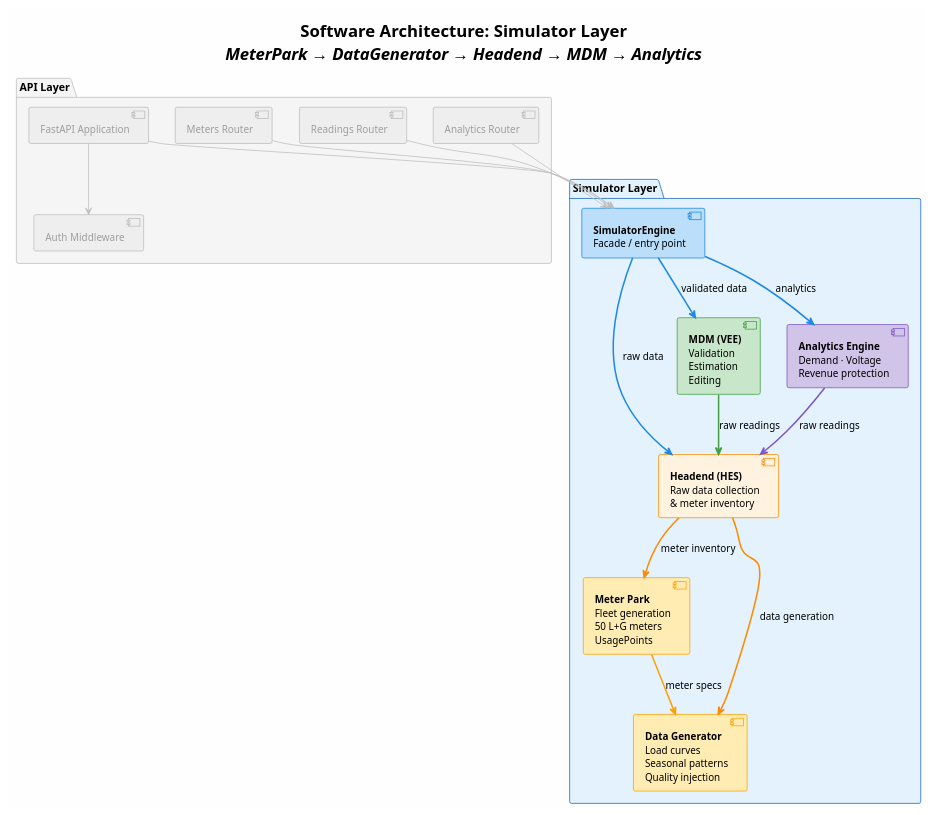
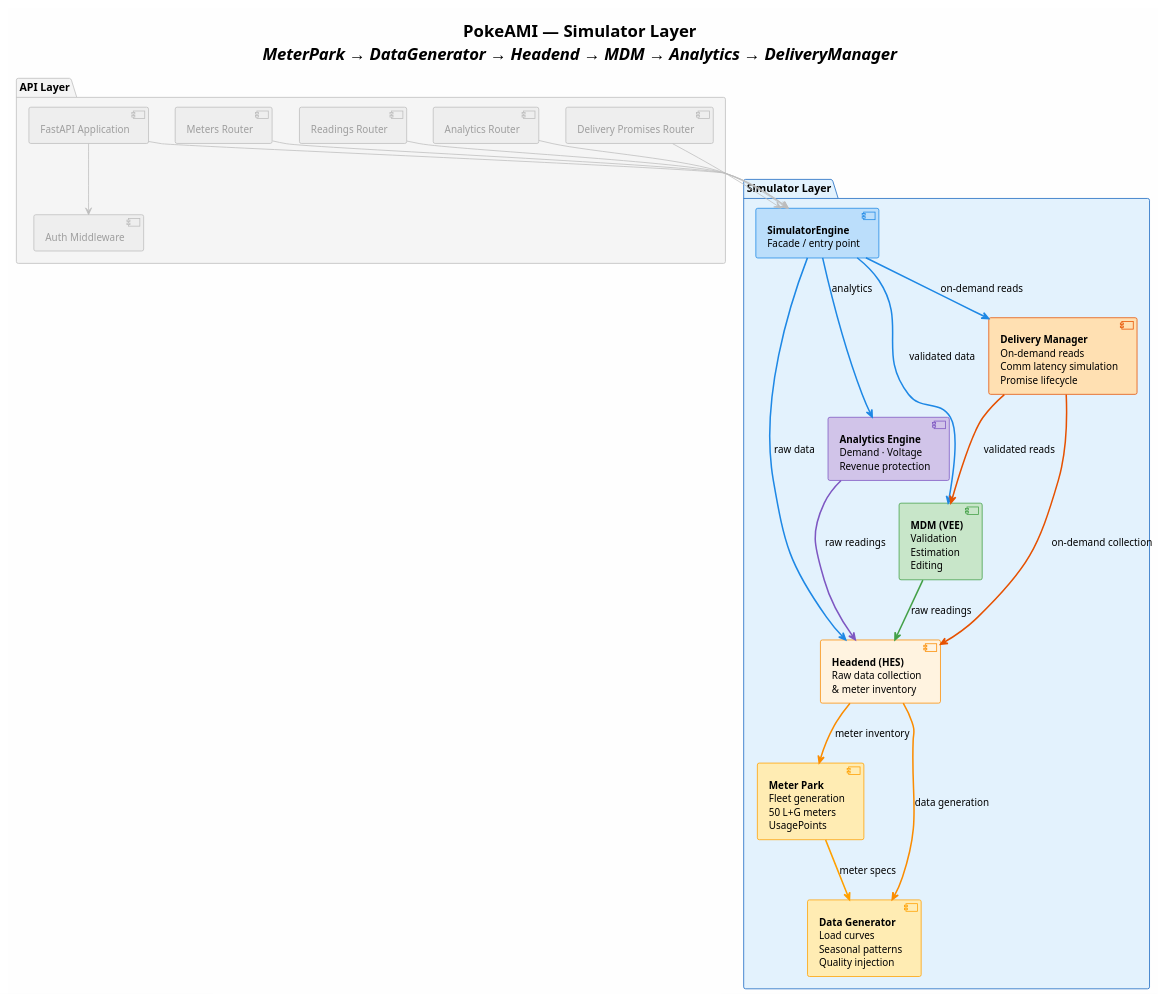
One commit to pjm4github/PokeAMI changed the diagram in docs/diagrams/walkthrough/component_step1_simulator.puml. Above: the diagram before and after it, drawn with PlantUML. The commit also changed 16 other files, not shown here.

First line of the commit message:
Rename to PokeAMI, update README and all PlantUML diagrams

```diff
--- a/docs/diagrams/walkthrough/component_step1_simulator.puml
+++ b/docs/diagrams/walkthrough/component_step1_simulator.puml
@@ -1,47 +1,53 @@
 @startuml Component - Step 1: Simulator Layer
 !theme plain
 
-title <b>Software Architecture: Simulator Layer</b>\n<i>MeterPark → DataGenerator → Headend → MDM → Analytics</i>
+title <b>PokeAMI — Simulator Layer</b>\n<i>MeterPark → DataGenerator → Headend → MDM → Analytics → DeliveryManager</i>
 
 skinparam backgroundColor #FEFEFE
 skinparam defaultFontSize 13
 skinparam package {
     FontSize 14
 }
 
 package "API Layer" #F5F5F5;line:BDBDBD {
     [FastAPI Application] as API #EEEEEE;line:BDBDBD;text:9E9E9E
     [Auth Middleware] as Auth #EEEEEE;line:BDBDBD;text:9E9E9E
     [Meters Router] as MR #EEEEEE;line:BDBDBD;text:9E9E9E
     [Readings Router] as RR #EEEEEE;line:BDBDBD;text:9E9E9E
     [Analytics Router] as AR #EEEEEE;line:BDBDBD;text:9E9E9E
+    [Delivery Promises Router] as DPR #EEEEEE;line:BDBDBD;text:9E9E9E
 }
 
 package "Simulator Layer" #E3F2FD;line:1565C0 {
     [<b>SimulatorEngine</b>\nFacade / entry point] as Engine #BBDEFB;line:1E88E5
     [<b>Headend (HES)</b>\nRaw data collection\n& meter inventory] as HES #FFF3E0;line:FB8C00
     [<b>MDM (VEE)</b>\nValidation\nEstimation\nEditing] as MDM #C8E6C9;line:43A047
     [<b>Analytics Engine</b>\nDemand · Voltage\nRevenue protection] as AE #D1C4E9;line:7E57C2
+    [<b>Delivery Manager</b>\nOn-demand reads\nComm latency simulation\nPromise lifecycle] as DM #FFE0B2;line:E65100
     [<b>Meter Park</b>\nFleet generation\n50 L+G meters\nUsagePoints] as MP #FFECB3;line:FFA000
     [<b>Data Generator</b>\nLoad curves\nSeasonal patterns\nQuality injection] as DG #FFECB3;line:FFA000
 }
 
 API -[#BDBDBD]-> Auth
 API -[#BDBDBD]-> Engine
 
 MR -[#BDBDBD]-> Engine
 RR -[#BDBDBD]-> Engine
 AR -[#BDBDBD]-> Engine
+DPR -[#BDBDBD]-> Engine
 
 Engine -[#1E88E5,bold]-> HES : raw data
 Engine -[#1E88E5,bold]-> MDM : validated data
 Engine -[#1E88E5,bold]-> AE : analytics
+Engine -[#1E88E5,bold]-> DM : on-demand reads
 
 HES -[#FB8C00,bold]-> MP : meter inventory
 HES -[#FB8C00,bold]-> DG : data generation
 MDM -[#43A047,bold]-> HES : raw readings
 AE -[#7E57C2,bold]-> HES : raw readings
+DM -[#E65100,bold]-> HES : on-demand collection
+DM -[#E65100,bold]-> MDM : validated reads
 
 MP -[#FFA000,bold]-> DG : meter specs
 
 @enduml
```
